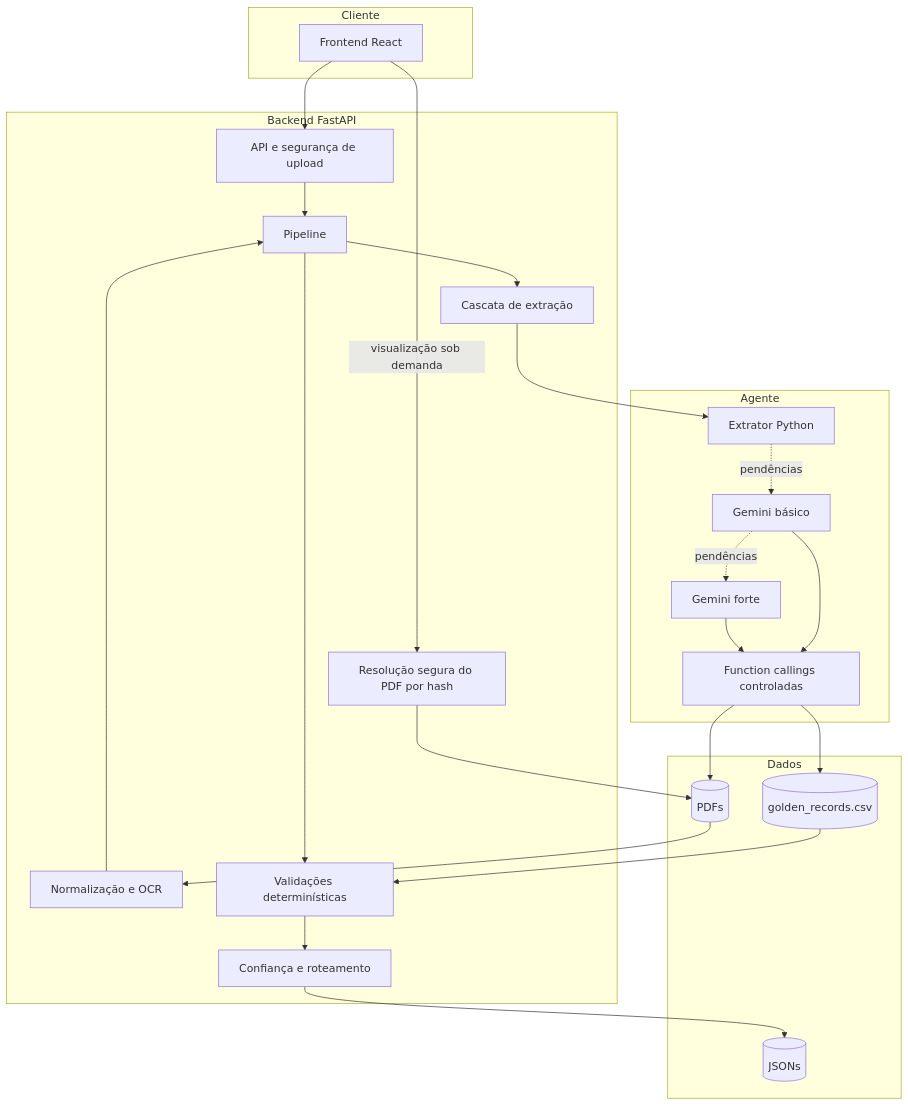
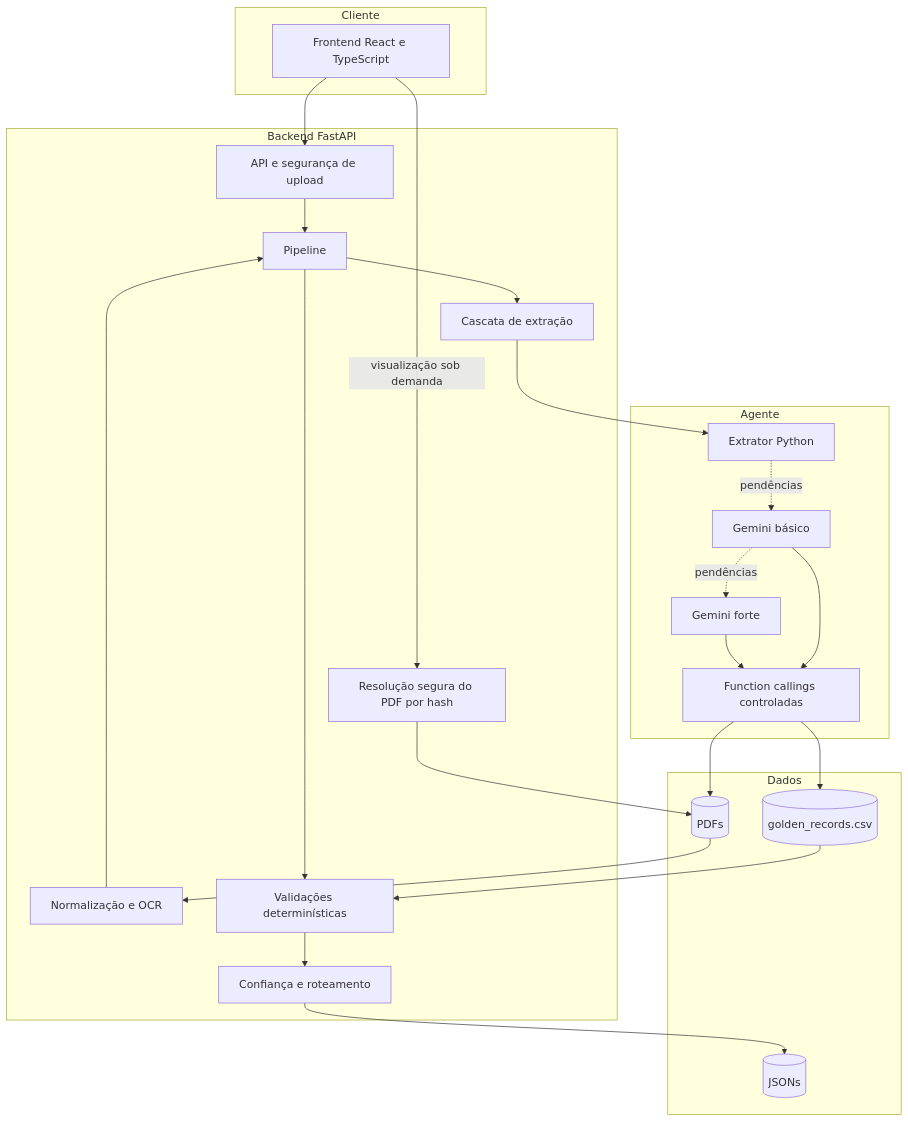
The diagram in f_docs/b_architecture/architecture-decisions.md (GMiraaa/fintrace), drawn with Mermaid before and after one commit. The commit also changed other lines of this file and 31 other files, not shown here.

````diff
--- a/f_docs/b_architecture/architecture-decisions.md
+++ b/f_docs/b_architecture/architecture-decisions.md
@@ -8,41 +8,41 @@
 ```mermaid
 flowchart TB
     subgraph Cliente
-        FE[Frontend React]
+        FE[Frontend React e TypeScript]
     end
     subgraph Backend FastAPI
         HTTP[API e segurança de upload]
         VIEW[Resolução segura do PDF por hash]
         ORCH[Pipeline]
         PRE[Normalização e OCR]
         EXT[Cascata de extração]
         VAL[Validações determinísticas]
         CR[Confiança e roteamento]
     end
     subgraph Agente
         PY[Extrator Python]
         BASIC[Gemini básico]
         STRONG[Gemini forte]
         FC[Function callings controladas]
     end
     subgraph Dados
         INPUT[(PDFs)]
         GOLDEN[(golden_records.csv)]
         OUTPUT[(JSONs)]
     end
 
     FE --> HTTP --> ORCH
     FE -->|visualização sob demanda| VIEW
     VIEW --> INPUT
     INPUT --> PRE --> ORCH
     ORCH --> EXT
     EXT --> PY
     PY -. pendências .-> BASIC
     BASIC -. pendências .-> STRONG
     BASIC --> FC
     STRONG --> FC
     FC --> GOLDEN
     FC --> INPUT
     ORCH --> VAL --> CR --> OUTPUT
     GOLDEN --> VAL
 ```
````
